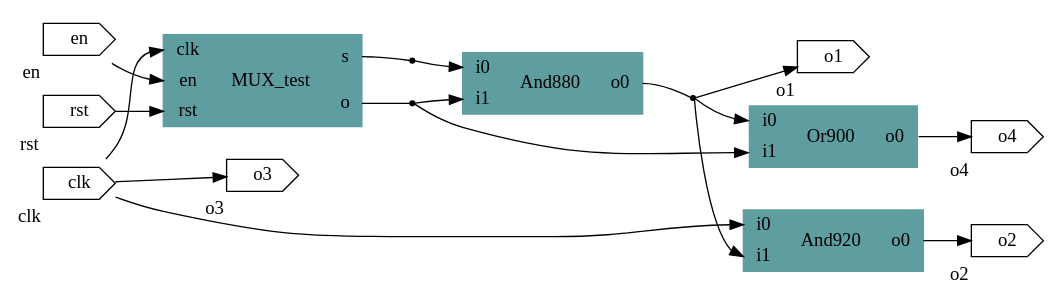
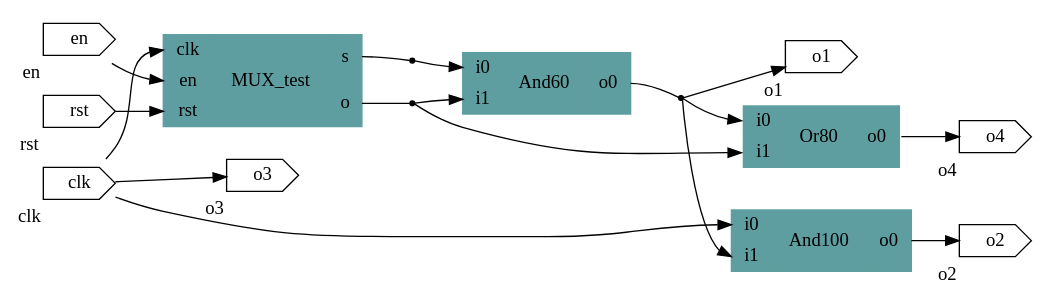
Before and after one commit to Quentin-Tual/Netenos: the diagram in test2.dot, drawn with Graphviz. The commit also changed 10 other files, not shown here.

```diff
--- a/test2.dot
+++ b/test2.dot
@@ -1,34 +1,34 @@
 # Test
 digraph test2 {
   graph [rankdir = LR];
   MUX_test[shape=record; style=filled;color=cadetblue; label="{{<clk>clk|<en>en|<rst>rst}| MUX_test |{<s>s|<o>o}}"]
-  And880[shape=record; style=filled;color=cadetblue; label="{{<i0>i0|<i1>i1}| And880 |{<o0>o0}}"]
-  Or900[shape=record; style=filled;color=cadetblue; label="{{<i0>i0|<i1>i1}| Or900 |{<o0>o0}}"]
-  And920[shape=record; style=filled;color=cadetblue; label="{{<i0>i0|<i1>i1}| And920 |{<o0>o0}}"]
+  And60[shape=record; style=filled;color=cadetblue; label="{{<i0>i0|<i1>i1}| And60 |{<o0>o0}}"]
+  Or80[shape=record; style=filled;color=cadetblue; label="{{<i0>i0|<i1>i1}| Or80 |{<o0>o0}}"]
+  And100[shape=record; style=filled;color=cadetblue; label="{{<i0>i0|<i1>i1}| And100 |{<o0>o0}}"]
   clk[shape=cds,xlabel="clk"]
   en[shape=cds,xlabel="en"]
   rst[shape=cds,xlabel="rst"]
   o1[shape=cds,xlabel="o1"]
   o2[shape=cds,xlabel="o2"]
   o3[shape=cds,xlabel="o3"]
   o4[shape=cds,xlabel="o4"]
   clk -> MUX_test:clk;
   clk -> o3;
-  clk -> And920:i0;
+  clk -> And100:i0;
   en -> MUX_test:en;
   rst -> MUX_test:rst;
   s0[shape=point];
   MUX_test:s -> s0[arrowhead=none]
-  s0 -> And880:i0;
+  s0 -> And60:i0;
   s1[shape=point];
   MUX_test:o -> s1[arrowhead=none]
-  s1 -> And880:i1;
-  s1 -> Or900:i1;
+  s1 -> And60:i1;
+  s1 -> Or80:i1;
   s3[shape=point];
-  And880:o0 -> s3[arrowhead=none]
+  And60:o0 -> s3[arrowhead=none]
   s3 -> o1;
-  s3 -> Or900:i0;
-  s3 -> And920:i1;
-  Or900:o0 -> o4;
-  And920:o0 -> o2;
+  s3 -> Or80:i0;
+  s3 -> And100:i1;
+  Or80:o0 -> o4;
+  And100:o0 -> o2;
 }
```
